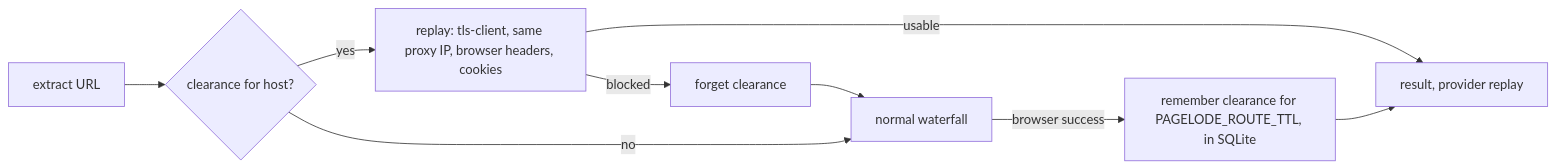
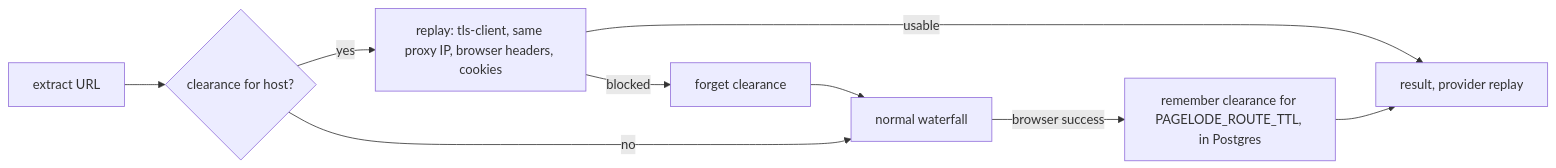
Before and after one commit to simonbalfe/pagelode: the third of 3 diagrams in docs/browser-service.md, drawn with Mermaid. The commit also changed other lines of this file and 125 other files, not shown here.

````diff
--- a/docs/browser-service.md
+++ b/docs/browser-service.md
@@ -212,11 +213,11 @@
 ```mermaid
 flowchart LR
     Request[extract URL] --> Known{clearance for host?}
     Known -- yes --> Replay["replay: tls-client, same proxy IP, browser headers, cookies"]
     Replay -- usable --> Done[result, provider replay]
     Replay -- blocked --> Forget[forget clearance]
     Known -- no --> Waterfall[normal waterfall]
     Forget --> Waterfall
-    Waterfall -- browser success --> Record[remember clearance for PAGELODE_ROUTE_TTL, in SQLite]
+    Waterfall -- browser success --> Record[remember clearance for PAGELODE_ROUTE_TTL, in Postgres]
     Record --> Done
 ```
````
